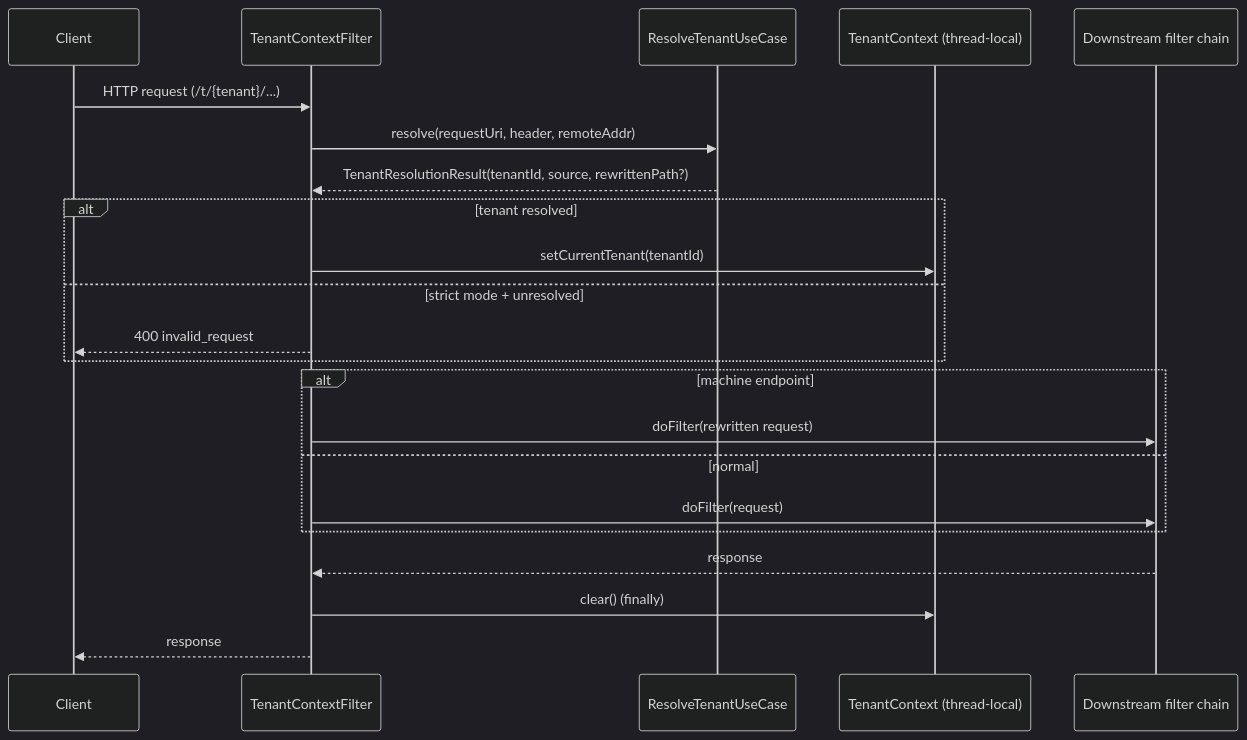
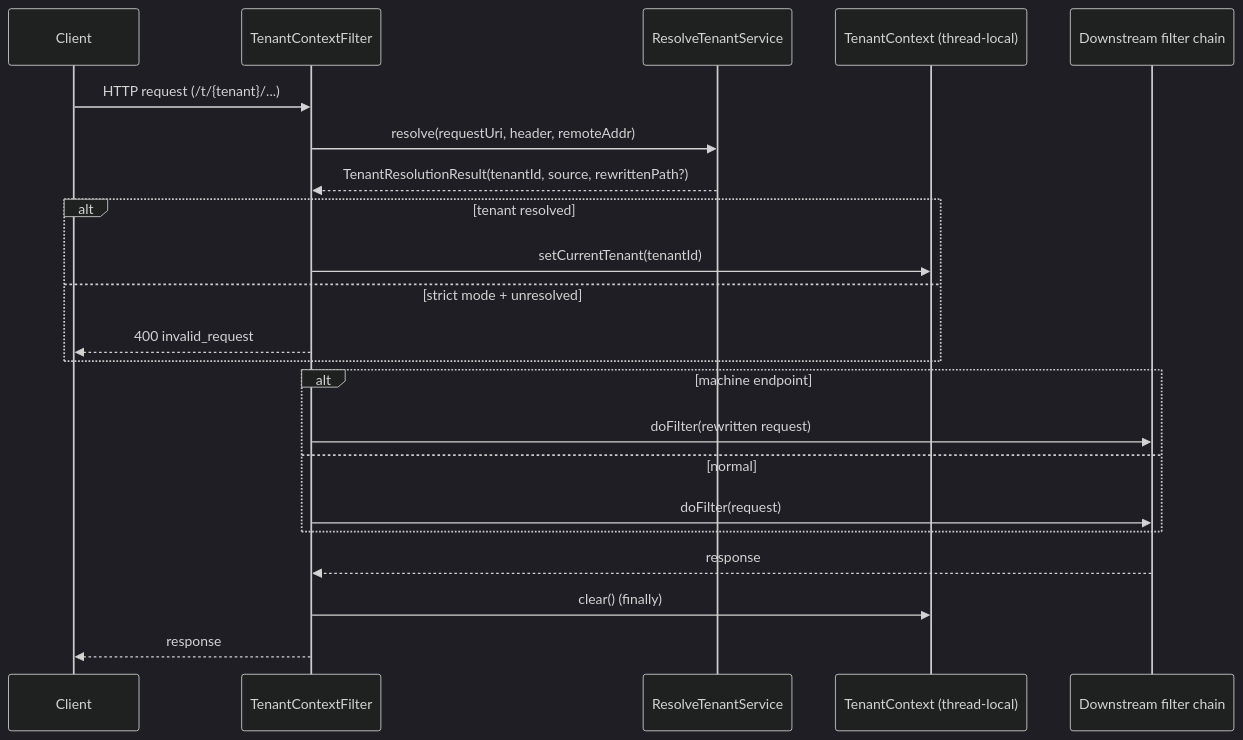
The diagram in documentation/features/03-multi-tenancy.md (edmaputra/ed-auth), drawn with Mermaid (dark theme) before and after one commit. The commit also changed other lines of this file and 15 other files, not shown here.

````diff
--- a/documentation/features/03-multi-tenancy.md
+++ b/documentation/features/03-multi-tenancy.md
@@ -75,25 +75,25 @@
 ```mermaid
 sequenceDiagram
     participant C as Client
     participant F as TenantContextFilter
-    participant R as ResolveTenantUseCase
+    participant R as ResolveTenantService
     participant Ctx as TenantContext (thread-local)
     participant Chain as Downstream filter chain
 
     C->>F: HTTP request (/t/{tenant}/...)
     F->>R: resolve(requestUri, header, remoteAddr)
     R-->>F: TenantResolutionResult(tenantId, source, rewrittenPath?)
     alt tenant resolved
         F->>Ctx: setCurrentTenant(tenantId)
     else strict mode + unresolved
         F-->>C: 400 invalid_request
     end
     alt machine endpoint
         F->>Chain: doFilter(rewritten request)
     else normal
         F->>Chain: doFilter(request)
     end
     Chain-->>F: response
     F->>Ctx: clear() (finally)
     F-->>C: response
 ```
````
